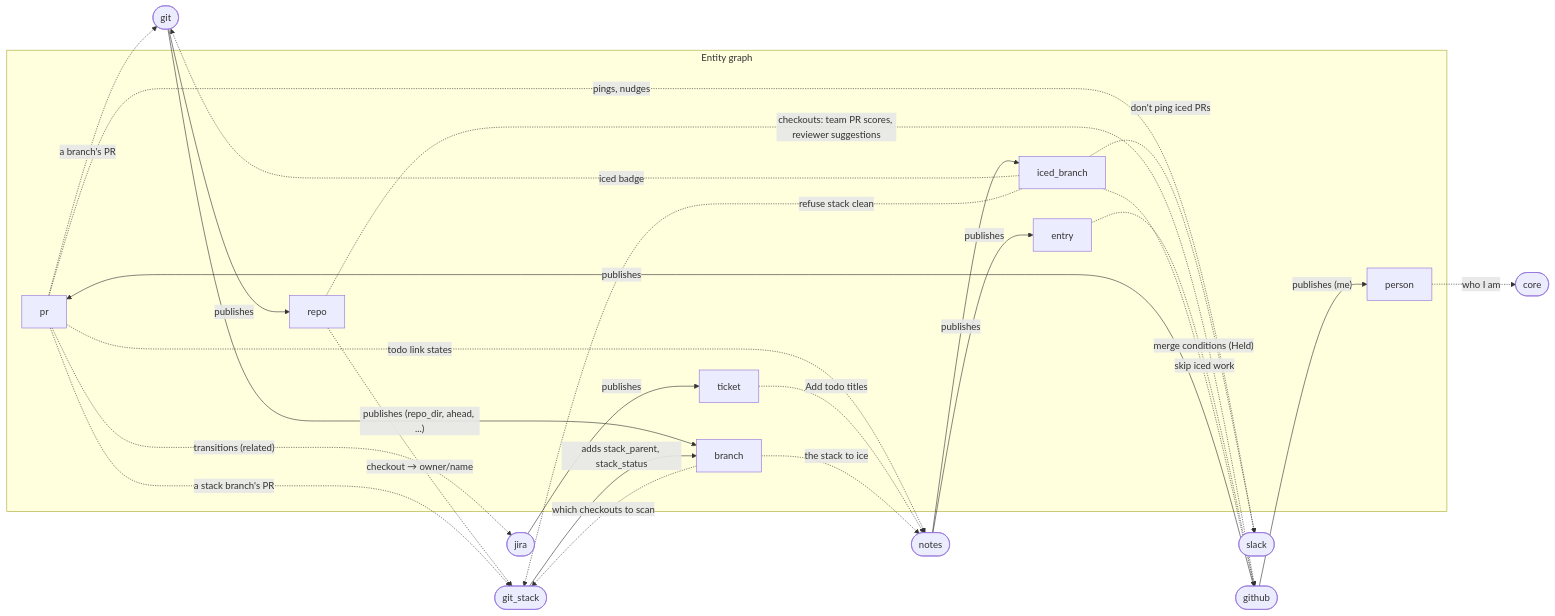
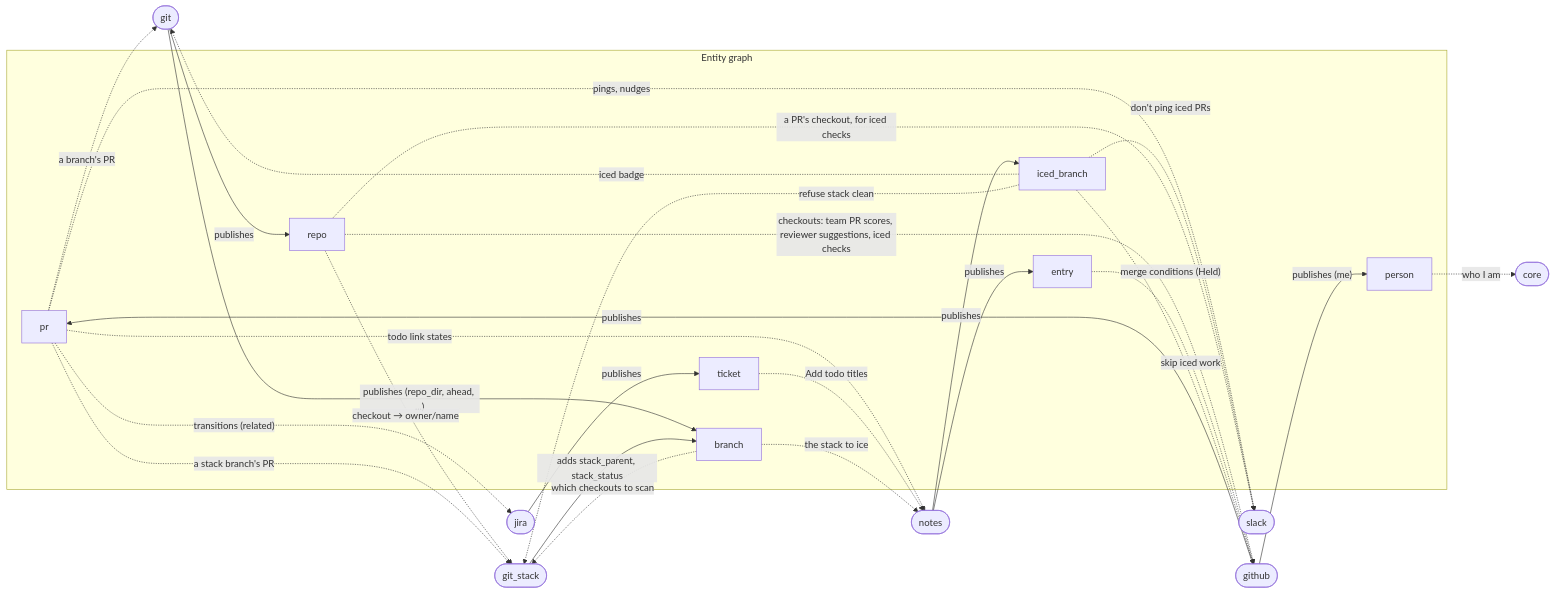
Before and after one commit to benekastah/move-forward: the first of 2 diagrams in docs/plugins.md, drawn with Mermaid. The commit also changed 12 other files, not shown here.

First line of the commit message:
Match iced branches by repo, not just by name

````diff
--- a/docs/plugins.md
+++ b/docs/plugins.md
@@ -13,38 +13,39 @@
 ```mermaid
 flowchart LR
     subgraph Graph["Entity graph"]
         pr[pr]
         person[person]
         repo[repo]
         branch[branch]
         ticket[ticket]
         entry[entry]
         iced[iced_branch]
     end
 
     github([github]) -- publishes --> pr
     github -- "publishes (me)" --> person
     git([git]) -- publishes --> repo
     git -- "publishes (repo_dir, ahead, ...)" --> branch
     git_stack([git_stack]) -- "adds stack_parent, stack_status" --> branch
     jira([jira]) -- publishes --> ticket
     notes([notes]) -- publishes --> entry
     notes -- publishes --> iced
 
-    repo -. "checkouts: team PR scores, reviewer suggestions" .-> github
+    repo -. "checkouts: team PR scores, reviewer suggestions, iced checks" .-> github
     entry -. "merge conditions (Held)" .-> github
     iced -. "skip iced work" .-> github
     pr -. "a branch's PR" .-> git
     iced -. "iced badge" .-> git
     branch -. "which checkouts to scan" .-> git_stack
     repo -. "checkout → owner/name" .-> git_stack
     pr -. "a stack branch's PR" .-> git_stack
     iced -. "refuse stack clean" .-> git_stack
     pr -. "transitions (related)" .-> jira
     pr -. "pings, nudges" .-> slack([slack])
     iced -. "don't ping iced PRs" .-> slack
+    repo -. "a PR's checkout, for iced checks" .-> slack
     pr -. "todo link states" .-> notes
     ticket -. "Add todo titles" .-> notes
     branch -. "the stack to ice" .-> notes
     person -. "who I am" .-> core([core])
 ```
````
